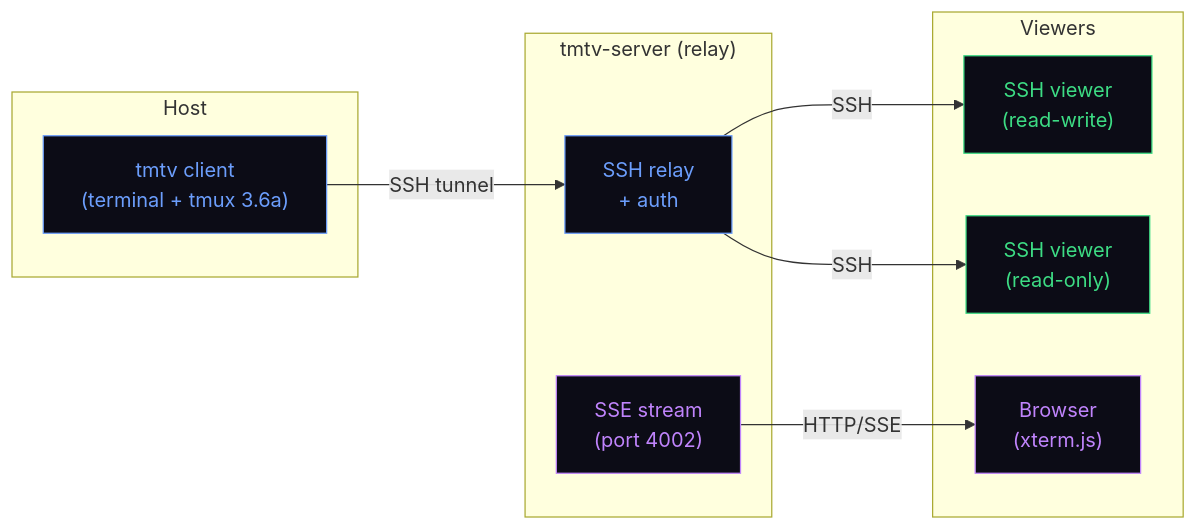
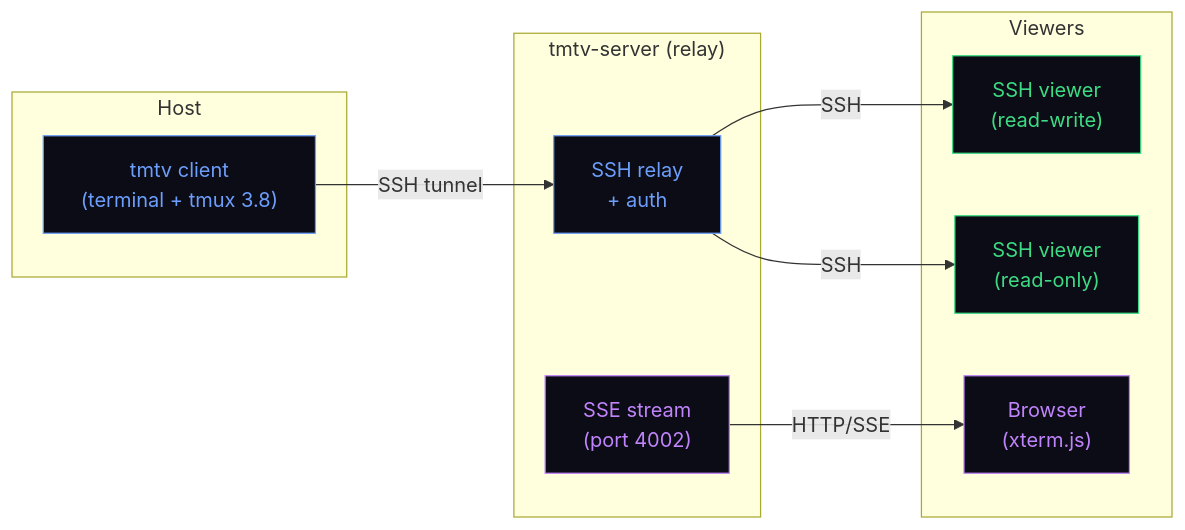
One commit to sa3lej/tmtv changed the first of 2 diagrams in README.md. Above: the diagram before and after it, drawn with Mermaid. The commit also changed other lines of this file and 9 other files, not shown here.

````diff
--- a/README.md
+++ b/README.md
@@ -201,29 +206,29 @@
 ```mermaid
 flowchart LR
     subgraph Host
-        A["tmtv client<br/>(terminal + tmux 3.6a)"]
+        A["tmtv client<br/>(terminal + tmux 3.8)"]
     end
 
     subgraph Server["tmtv-server (relay)"]
         B["SSH relay<br/>+ auth"]
         C["SSE stream<br/>(port 4002)"]
     end
 
     subgraph Viewers
         D["SSH viewer<br/>(read-write)"]
         E["SSH viewer<br/>(read-only)"]
         F["Browser<br/>(xterm.js)"]
     end
 
     A -- "SSH tunnel" --> B
     B -- "SSH" --> D
     B -- "SSH" --> E
     C -- "HTTP/SSE" --> F
 
     style A fill:#0c0c16,stroke:#6c9efc,color:#6c9efc
     style B fill:#0c0c16,stroke:#6c9efc,color:#6c9efc
     style C fill:#0c0c16,stroke:#c084fc,color:#c084fc
     style D fill:#0c0c16,stroke:#3ddc84,color:#3ddc84
     style E fill:#0c0c16,stroke:#3ddc84,color:#3ddc84
     style F fill:#0c0c16,stroke:#c084fc,color:#c084fc
 ```
````
